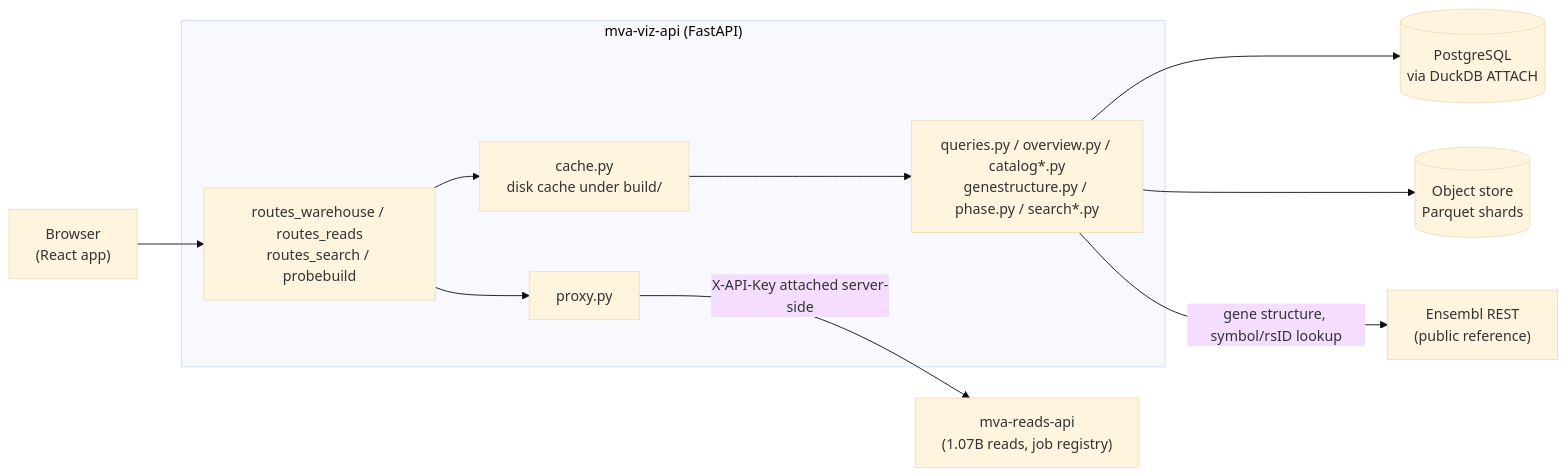
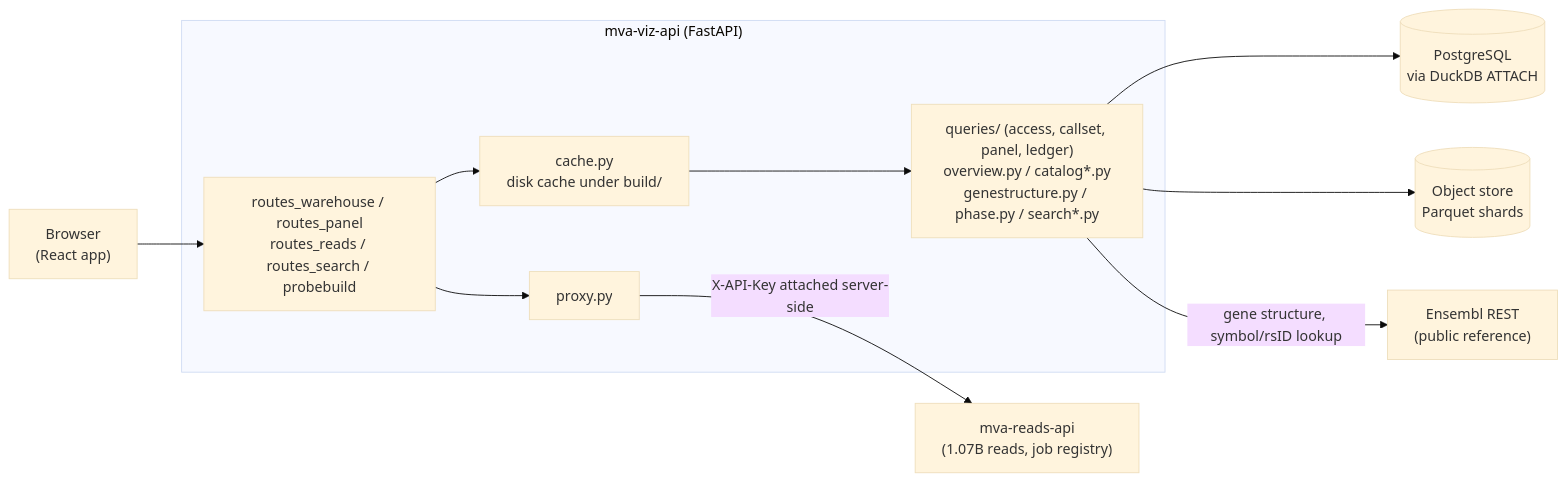
The diagram in src/mva/viz/README.md (agharsallah/mva-hackathon), drawn with Mermaid (base theme) before and after one commit. The commit also changed other lines of this file and 1 other file, not shown here.

````diff
--- a/src/mva/viz/README.md
+++ b/src/mva/viz/README.md
@@ -30,25 +30,25 @@
 ```mermaid
 flowchart LR
     Browser["Browser\n(React app)"]:::purple
 
     subgraph API["mva-viz-api (FastAPI)"]
-        Routes["routes_warehouse / routes_reads\nroutes_search / probebuild"]:::blue
+        Routes["routes_warehouse / routes_panel\nroutes_reads / routes_search / probebuild"]:::blue
         Cache["cache.py\ndisk cache under build/"]:::blue
-        Queries["queries.py / overview.py / catalog*.py\ngenestructure.py / phase.py / search*.py"]:::blue
+        Queries["queries/ (access, callset, panel, ledger)\noverview.py / catalog*.py\ngenestructure.py / phase.py / search*.py"]:::blue
         Proxy["proxy.py"]:::blue
     end
 
     PG[("PostgreSQL\nvia DuckDB ATTACH")]:::purple
     S3[("Object store\nParquet shards")]:::purple
     ReadsAPI["mva-reads-api\n(1.07B reads, job registry)"]:::yellow
     Ensembl["Ensembl REST\n(public reference)"]:::purple
 
     Browser --> Routes
     Routes --> Cache
     Cache --> Queries
     Routes --> Proxy
     Queries --> PG
     Queries --> S3
     Queries -->|gene structure, symbol/rsID lookup| Ensembl
     Proxy -->|"X-API-Key attached server-side"| ReadsAPI
 ```
````
